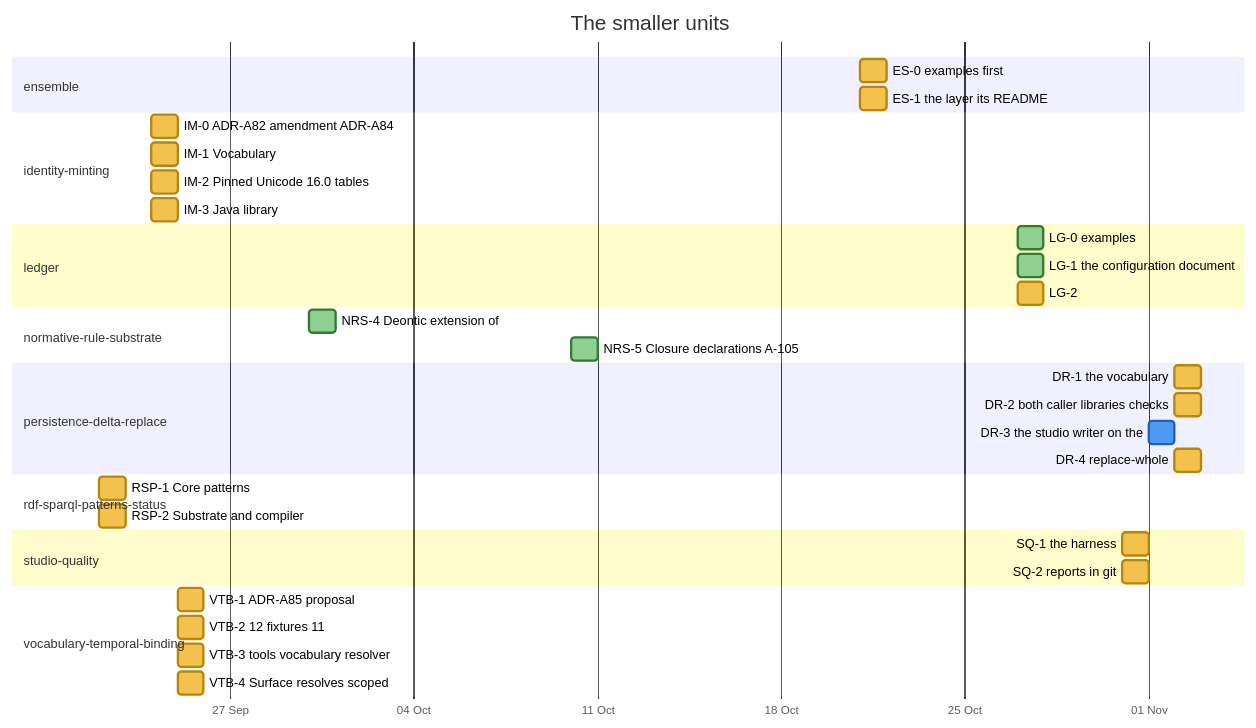
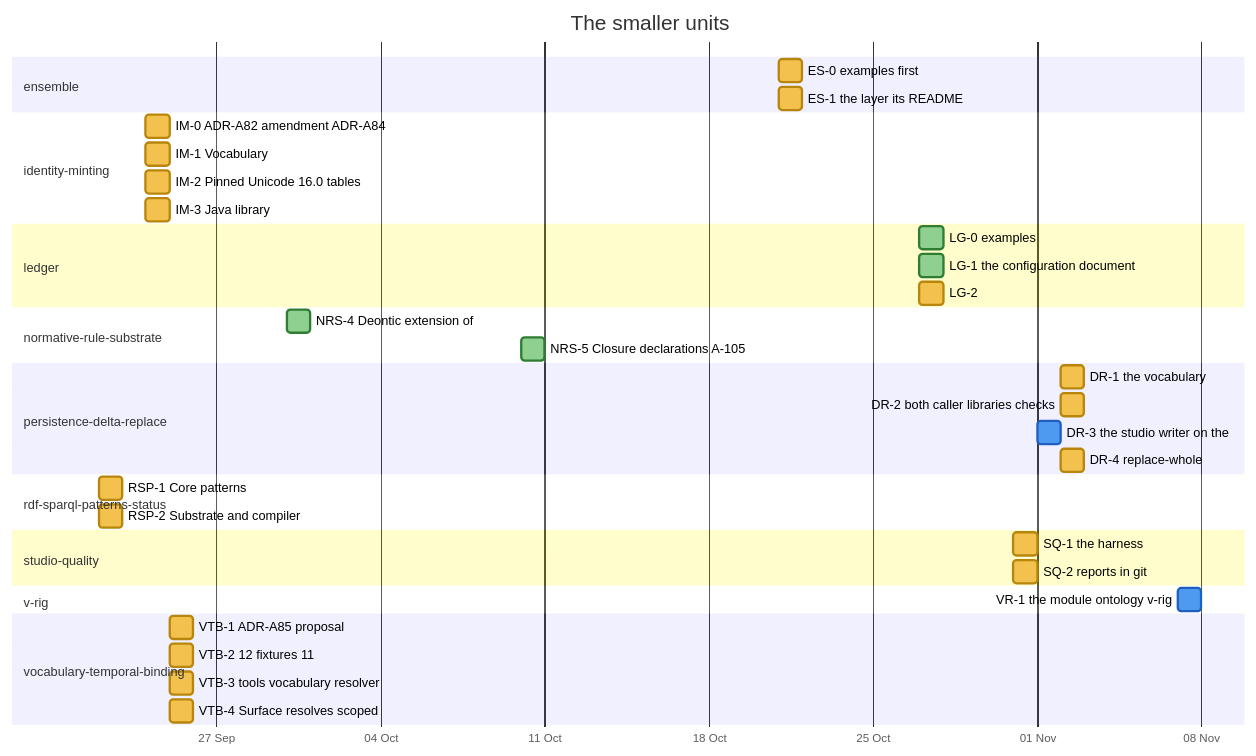
Diagram 20 of 29 in docs/developer/ROADMAP.md (nebularis/lattice), drawn with Mermaid before and after one commit. The commit also changed other lines of this file and 3 other files, not shown here.

````diff
--- a/docs/developer/ROADMAP.md
+++ b/docs/developer/ROADMAP.md
@@ -536,38 +537,40 @@
 ```mermaid
 %%{init: {"themeVariables": {"taskBkgColor": "#f2c14e", "taskBorderColor": "#b8860b", "taskTextColor": "#000000", "activeTaskBkgColor": "#4e9af1", "activeTaskBorderColor": "#1f5fbf", "activeTaskBorderColor": "#1f5fbf", "doneTaskBkgColor": "#8fcf8f", "doneTaskBorderColor": "#2f7d32", "critBkgColor": "#f28b82", "critBorderColor": "#b23a30", "taskTextDarkColor": "#000000", "taskTextLightColor": "#000000"}}}%%
 gantt
     title The smaller units
     dateFormat YYYY-MM-DD
     axisFormat %d %b
     section ensemble
     ES-0 examples first :es0, 2026-10-21, 2026-10-22
     ES-1 the layer its README :es1, 2026-10-21, 2026-10-22
     section identity-minting
     IM-0 ADR-A82 amendment ADR-A84 :im0, 2026-09-24, 2026-09-25
     IM-1 Vocabulary :im1, 2026-09-24, 2026-09-25
     IM-2 Pinned Unicode 16.0 tables :im2, 2026-09-24, 2026-09-25
     IM-3 Java library :im3, 2026-09-24, 2026-09-25
     section ledger
     LG-0 examples :done, lg0, 2026-10-27, 2026-10-28
     LG-1 the configuration document :done, lg1, 2026-10-27, 2026-10-28
     LG-2 :lg2, 2026-10-27, 2026-10-28
     section normative-rule-substrate
     NRS-4 Deontic extension of :done, nrs4, 2026-09-30, 2026-10-01
     NRS-5 Closure declarations A-105 :done, nrs5, 2026-10-10, 2026-10-11
     section persistence-delta-replace
     DR-1 the vocabulary :dr1, 2026-11-02, 2026-11-03
     DR-2 both caller libraries checks :dr2, 2026-11-02, 2026-11-03
     DR-3 the studio writer on the :active, dr3, 2026-11-01, 2026-11-02
     DR-4 replace-whole :dr4, 2026-11-02, 2026-11-03
     section rdf-sparql-patterns-status
     RSP-1 Core patterns :rsp1, 2026-09-22, 2026-09-23
     RSP-2 Substrate and compiler :rsp2, 2026-09-22, 2026-09-23
     section studio-quality
     SQ-1 the harness :sq1, 2026-10-31, 2026-11-01
     SQ-2 reports in git :sq2, 2026-10-31, 2026-11-01
+    section v-rig
+    VR-1 the module ontology v-rig :active, vr1, 2026-11-07, 2026-11-08
     section vocabulary-temporal-binding
     VTB-1 ADR-A85 proposal :vtb1, 2026-09-25, 2026-09-26
     VTB-2 12 fixtures 11 :vtb2, 2026-09-25, 2026-09-26
     VTB-3 tools vocabulary resolver :vtb3, 2026-09-25, 2026-09-26
     VTB-4 Surface resolves scoped :vtb4, 2026-09-25, 2026-09-26
 ```
````
